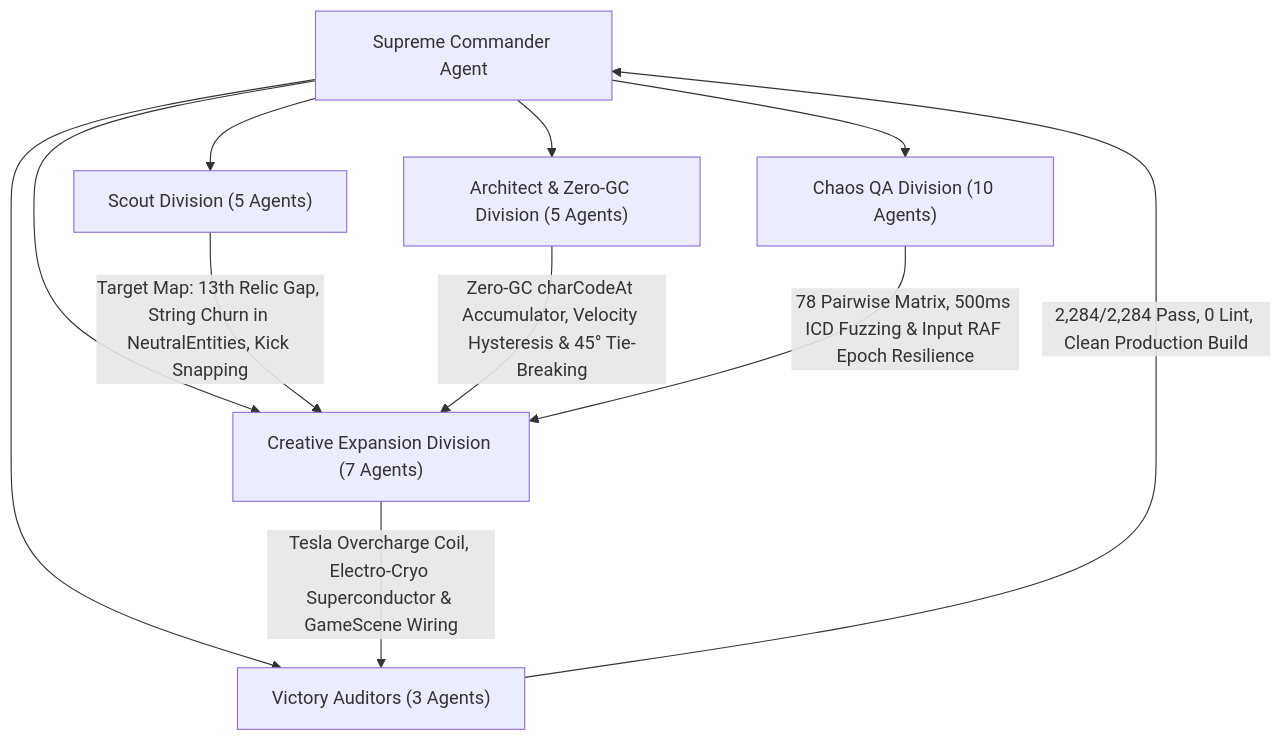
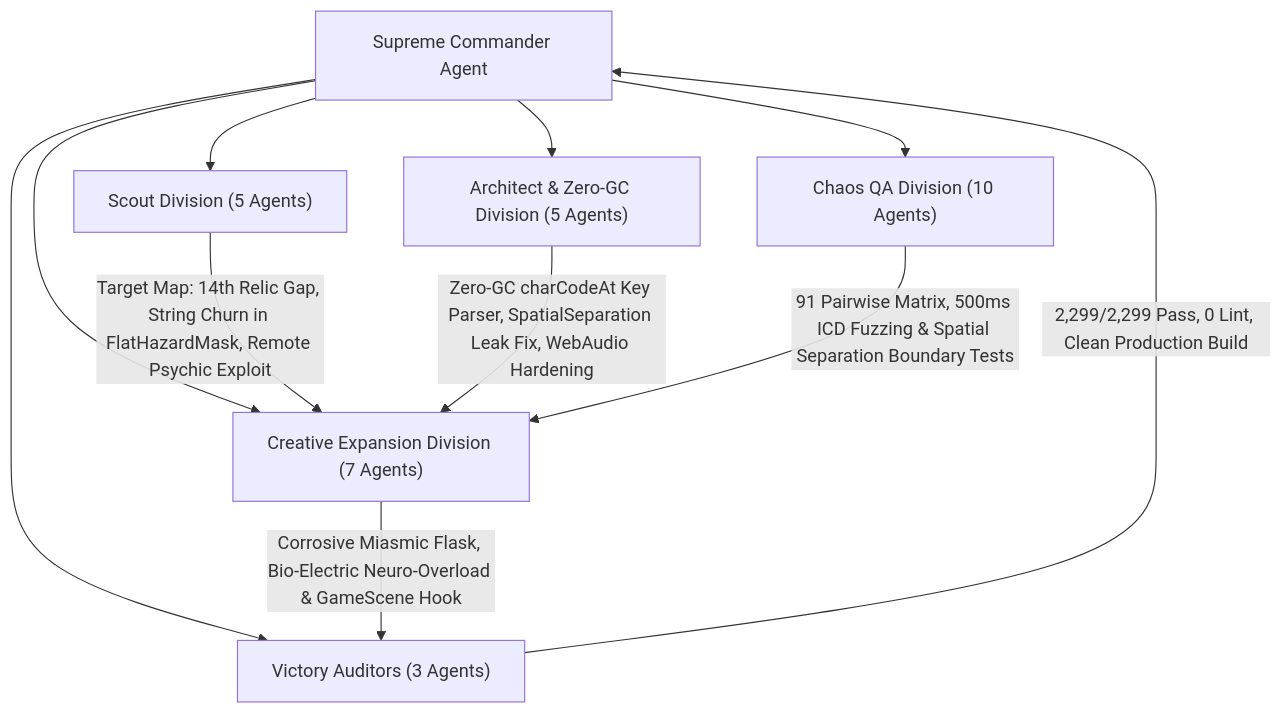
The diagram in DAILY_REPORT.md (LeegwangYeol/bomberman-game), drawn with Mermaid before and after one commit. The commit also changed other lines of this file and 21 other files, not shown here.

````diff
--- a/DAILY_REPORT.md
+++ b/DAILY_REPORT.md
@@ -51,14 +53,14 @@
 ```mermaid
 flowchart TD
     SC["Supreme Commander Agent"] --> SD["Scout Division (5 Agents)"]
     SC --> AD["Architect & Zero-GC Division (5 Agents)"]
     SC --> CQD["Chaos QA Division (10 Agents)"]
     SC --> CED["Creative Expansion Division (7 Agents)"]
     SC --> VA["Victory Auditors (3 Agents)"]
 
-    SD -->|"Target Map: 13th Relic Gap, String Churn in NeutralEntities, Kick Snapping"| CED
-    AD -->|"Zero-GC charCodeAt Accumulator, Velocity Hysteresis & 45° Tie-Breaking"| CED
-    CQD -->|"78 Pairwise Matrix, 500ms ICD Fuzzing & Input RAF Epoch Resilience"| CED
-    CED -->|"Tesla Overcharge Coil, Electro-Cryo Superconductor & GameScene Wiring"| VA
-    VA -->|"2,284/2,284 Pass, 0 Lint, Clean Production Build"| SC
+    SD -->|"Target Map: 14th Relic Gap, String Churn in FlatHazardMask, Remote Psychic Exploit"| CED
+    AD -->|"Zero-GC charCodeAt Key Parser, SpatialSeparation Leak Fix, WebAudio Hardening"| CED
+    CQD -->|"91 Pairwise Matrix, 500ms ICD Fuzzing & Spatial Separation Boundary Tests"| CED
+    CED -->|"Corrosive Miasmic Flask, Bio-Electric Neuro-Overload & GameScene Hook"| VA
+    VA -->|"2,299/2,299 Pass, 0 Lint, Clean Production Build"| SC
 ```
````
